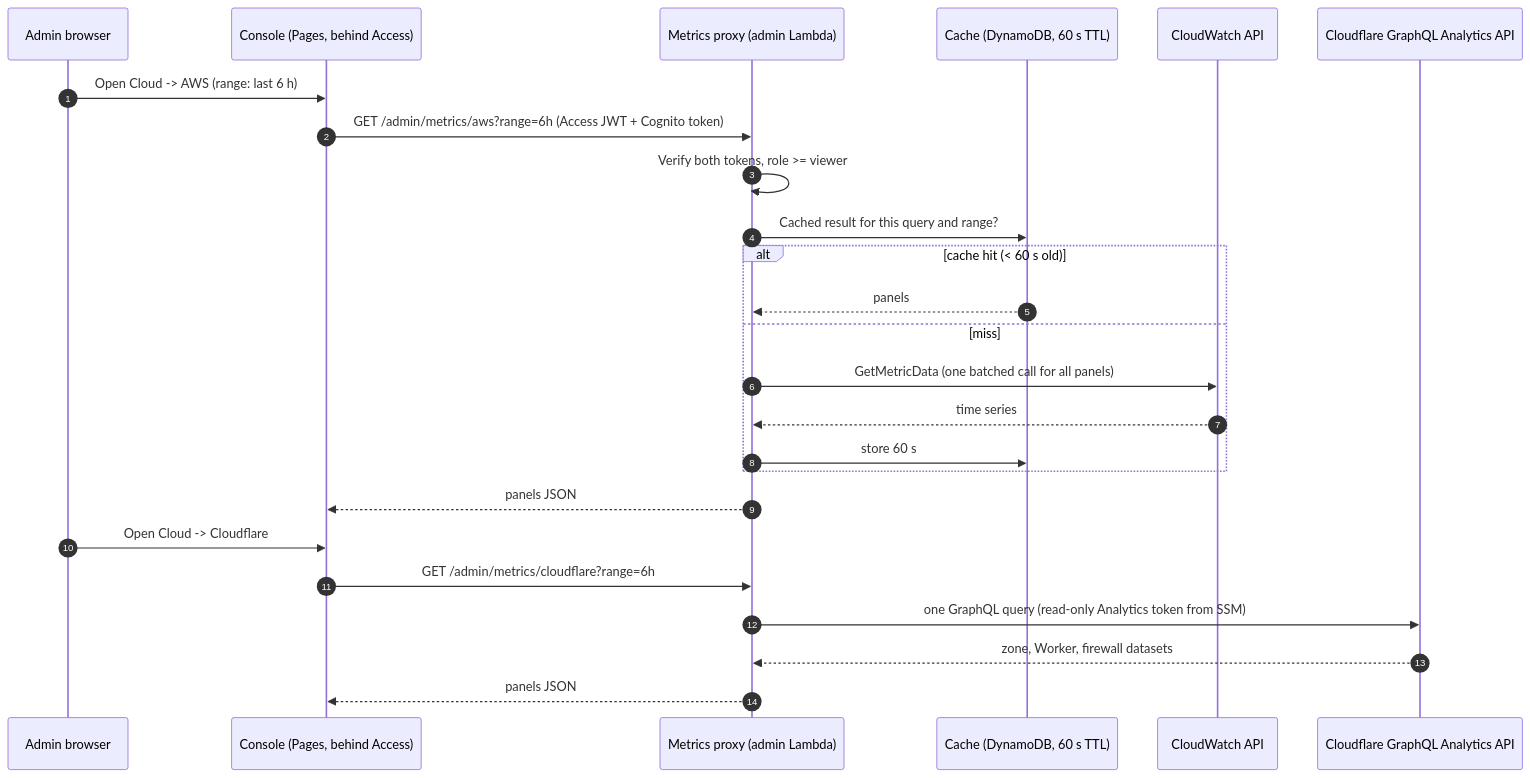
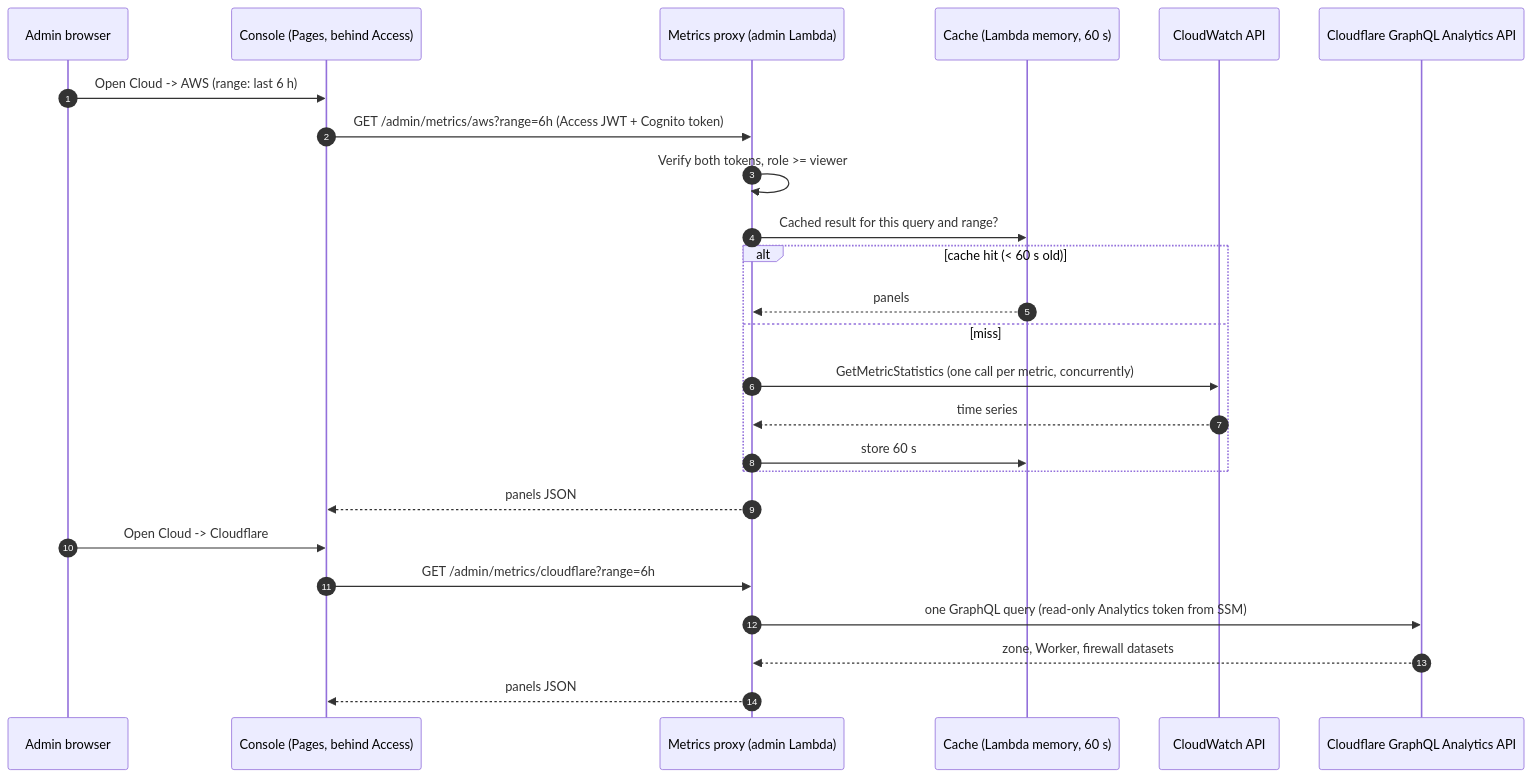
One commit to RKG765/Behavioral-Cyber-Resilient-Detection-Framework-for-Early-Detection-of-Ransomware-Attacks changed the fourth of 5 diagrams in docs/PROD_ARCHITECTURE.md. Above: the diagram before and after it, drawn with Mermaid. The commit also changed other lines of this file and 15 other files, not shown here.

````diff
--- a/docs/PROD_ARCHITECTURE.md
+++ b/docs/PROD_ARCHITECTURE.md
@@ -434,28 +434,28 @@
 ```mermaid
 sequenceDiagram
     autonumber
     participant U as Admin browser
     participant P as Console (Pages, behind Access)
     participant M as Metrics proxy (admin Lambda)
-    participant C as Cache (DynamoDB, 60 s TTL)
+    participant C as Cache (Lambda memory, 60 s)
     participant AW as CloudWatch API
     participant CF as Cloudflare GraphQL Analytics API
 
     U->>P: Open Cloud -> AWS (range: last 6 h)
     P->>M: GET /admin/metrics/aws?range=6h  (Access JWT + Cognito token)
     M->>M: Verify both tokens, role >= viewer
     M->>C: Cached result for this query and range?
     alt cache hit (< 60 s old)
         C-->>M: panels
     else miss
-        M->>AW: GetMetricData (one batched call for all panels)
+        M->>AW: GetMetricStatistics (one call per metric, concurrently)
         AW-->>M: time series
         M->>C: store 60 s
     end
     M-->>P: panels JSON
     U->>P: Open Cloud -> Cloudflare
     P->>M: GET /admin/metrics/cloudflare?range=6h
     M->>CF: one GraphQL query (read-only Analytics token from SSM)
     CF-->>M: zone, Worker, firewall datasets
     M-->>P: panels JSON
 ```
````
